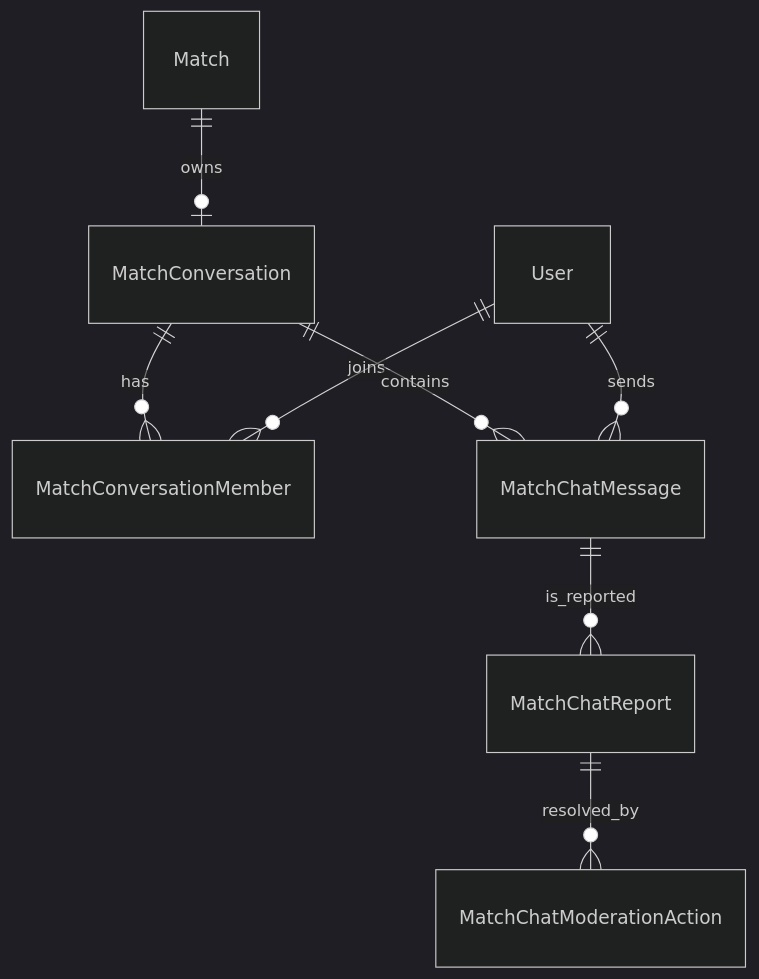
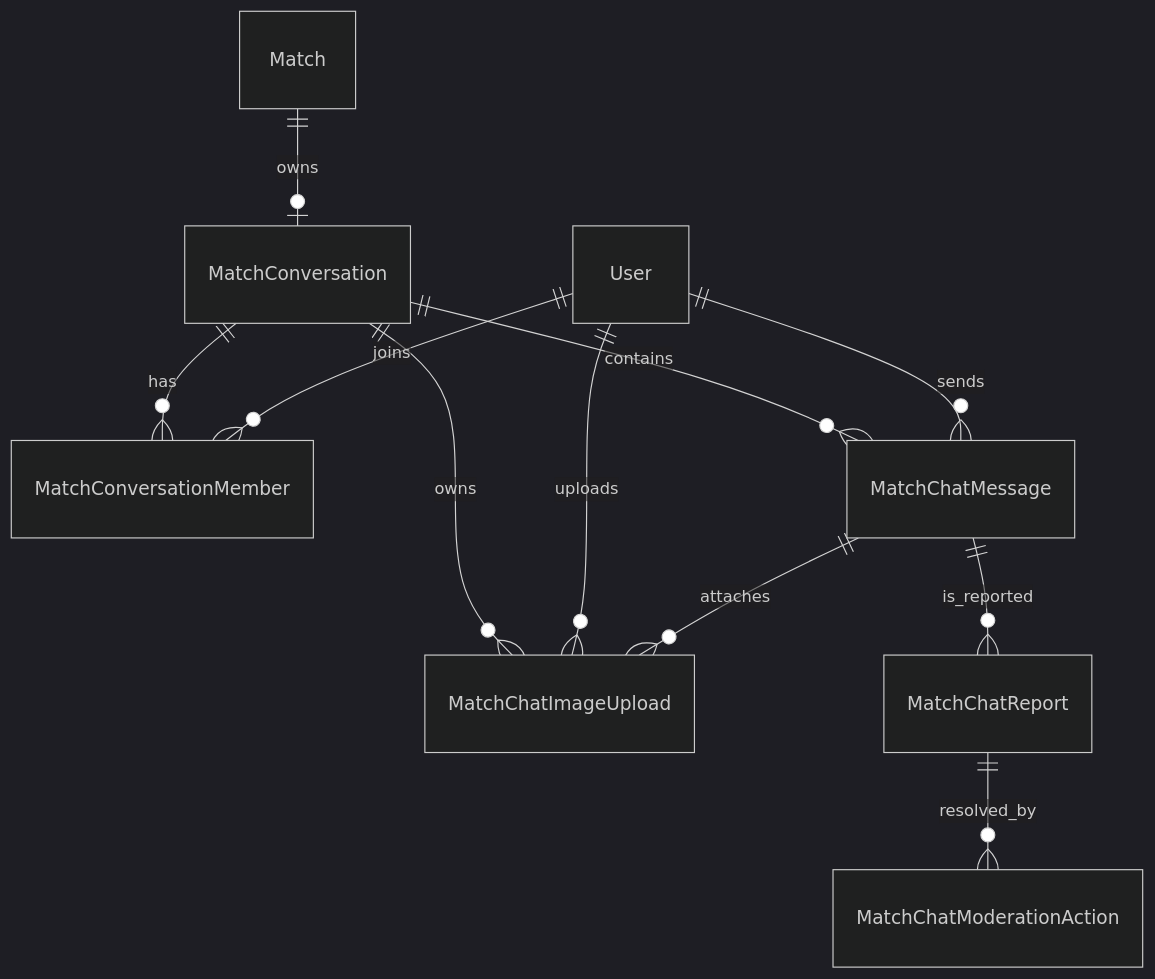
One commit to jsl0319/tennis-mate changed the second of 2 diagrams in docs/08-in-app-match-chat-design.md. Above: the diagram before and after it, drawn with Mermaid (dark theme). The commit also changed other lines of this file and 24 other files, not shown here.

Commit message:
feat: add private match chat photos

````diff
--- a/docs/08-in-app-match-chat-design.md
+++ b/docs/08-in-app-match-chat-design.md
@@ -97,10 +98,13 @@
 ```mermaid
 erDiagram
     Match ||--o| MatchConversation : owns
     MatchConversation ||--o{ MatchConversationMember : has
     User ||--o{ MatchConversationMember : joins
     MatchConversation ||--o{ MatchChatMessage : contains
     User ||--o{ MatchChatMessage : sends
+    MatchConversation ||--o{ MatchChatImageUpload : owns
+    User ||--o{ MatchChatImageUpload : uploads
+    MatchChatMessage ||--o{ MatchChatImageUpload : attaches
     MatchChatMessage ||--o{ MatchChatReport : is_reported
     MatchChatReport ||--o{ MatchChatModerationAction : resolved_by
 ```
````
